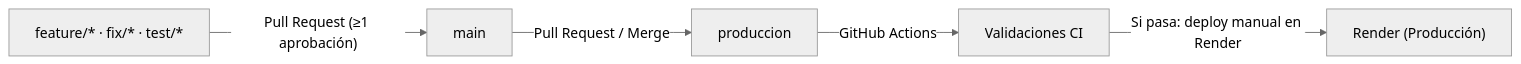
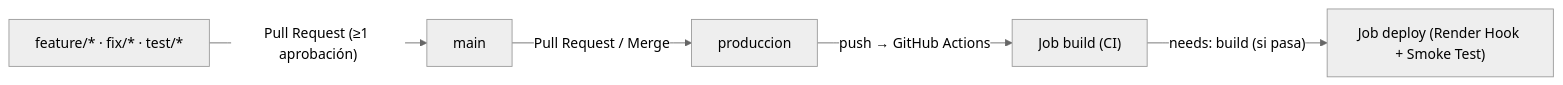
The diagram in docs/CI-CD-Gitflow.md (Empresa-Real/OptiWay-Backend), drawn with Mermaid (neutral theme) before and after one commit. The commit also changed other lines of this file and 4 other files, not shown here.

````diff
--- a/docs/CI-CD-Gitflow.md
+++ b/docs/CI-CD-Gitflow.md
@@ -9,7 +9,7 @@
 ```mermaid
 flowchart LR
     F["feature/* · fix/* · test/*"] -->|"Pull Request (≥1 aprobación)"| M["main"]
     M -->|"Pull Request / Merge"| P["produccion"]
-    P -->|"GitHub Actions"| CI["Validaciones CI"]
-    CI -->|"Si pasa: deploy manual en Render"| CD["Render (Producción)"]
+    P -->|"push → GitHub Actions"| BUILD["Job build (CI)"]
+    BUILD -->|"needs: build (si pasa)"| DEPLOY["Job deploy (Render Hook + Smoke Test)"]
 ```
````
